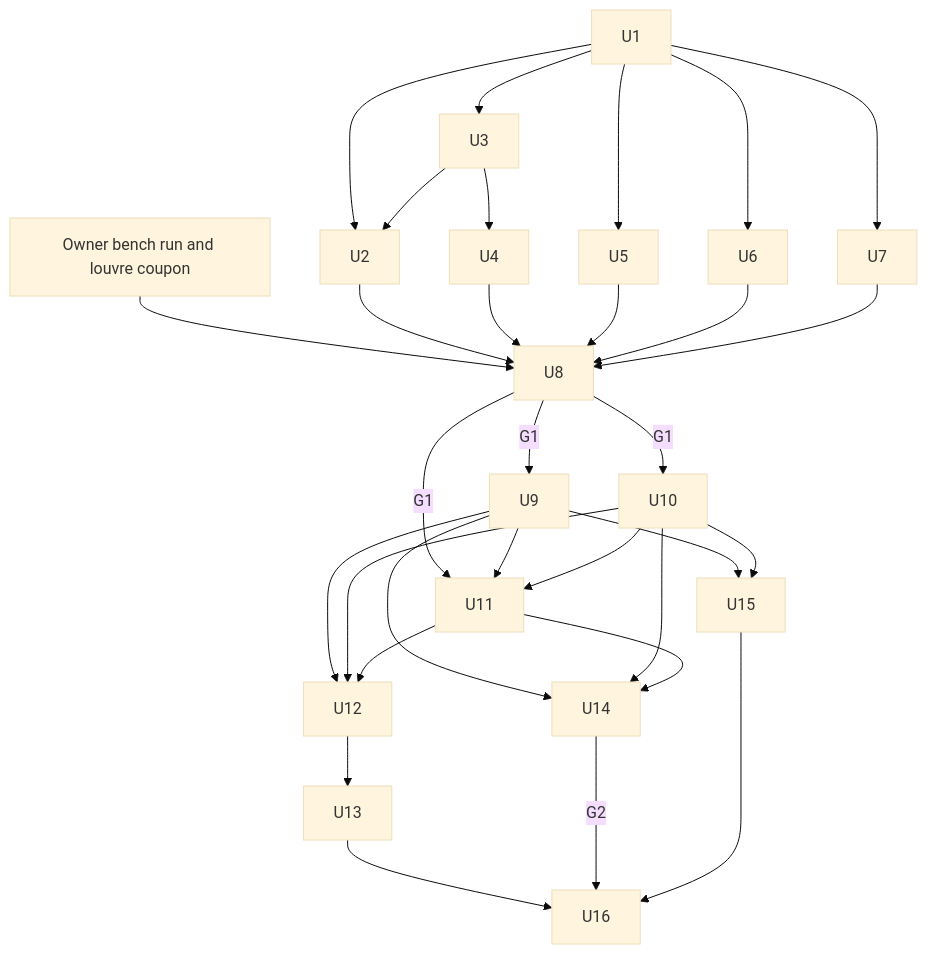
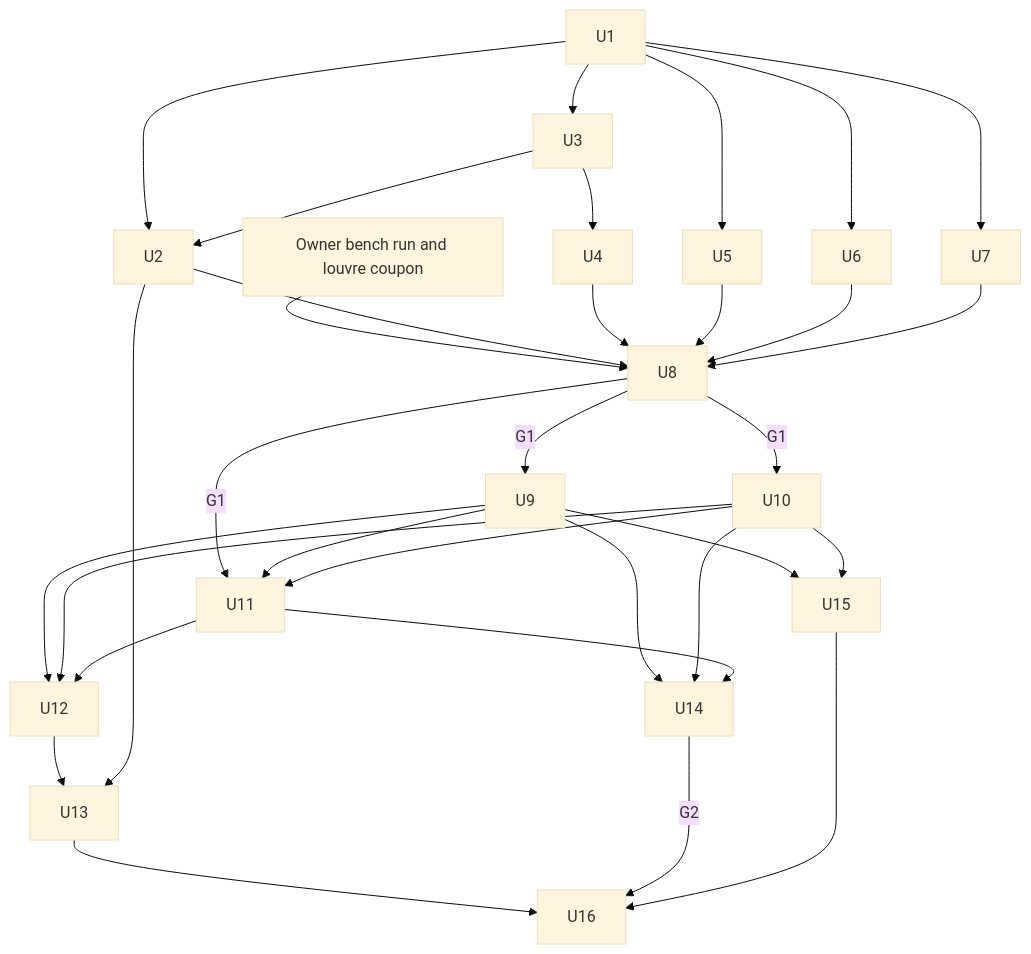
One commit to Stab-Rabbit-coding/Serenity-UAV changed the third of 3 diagrams in docs/plans/2026-11-15-002-feat-ramp-intake-edf-cooling-plan.md. Above: the diagram before and after it, drawn with Mermaid (base theme). The commit also changed other lines of this file and 7 other files, not shown here.

````diff
--- a/docs/plans/2026-11-15-002-feat-ramp-intake-edf-cooling-plan.md
+++ b/docs/plans/2026-11-15-002-feat-ramp-intake-edf-cooling-plan.md
@@ -325,33 +325,34 @@
 ```mermaid
 flowchart TB
   U1 --> U2
   U1 --> U3
   U1 --> U5
   U1 --> U6
   U1 --> U7
   U3 --> U4
   U3 --> U2
   BENCH[Owner bench run and louvre coupon] --> U8
   U2 --> U8
   U4 --> U8
   U5 --> U8
   U6 --> U8
   U7 --> U8
   U8 -->|G1| U9
   U8 -->|G1| U10
   U8 -->|G1| U11
   U9 --> U11
   U10 --> U11
   U9 --> U12
   U10 --> U12
   U11 --> U12
   U12 --> U13
+  U2 --> U13
   U9 --> U14
   U10 --> U14
   U11 --> U14
   U9 --> U15
   U10 --> U15
   U13 --> U16
   U14 -->|G2| U16
   U15 --> U16
 ```
````
